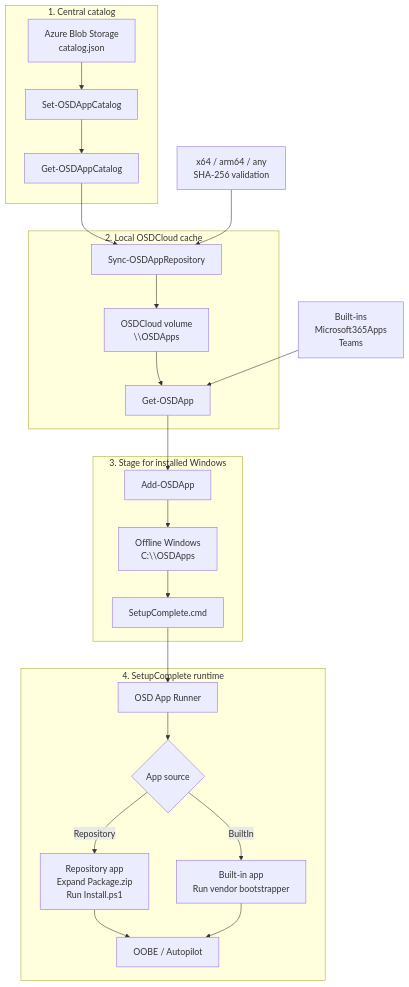
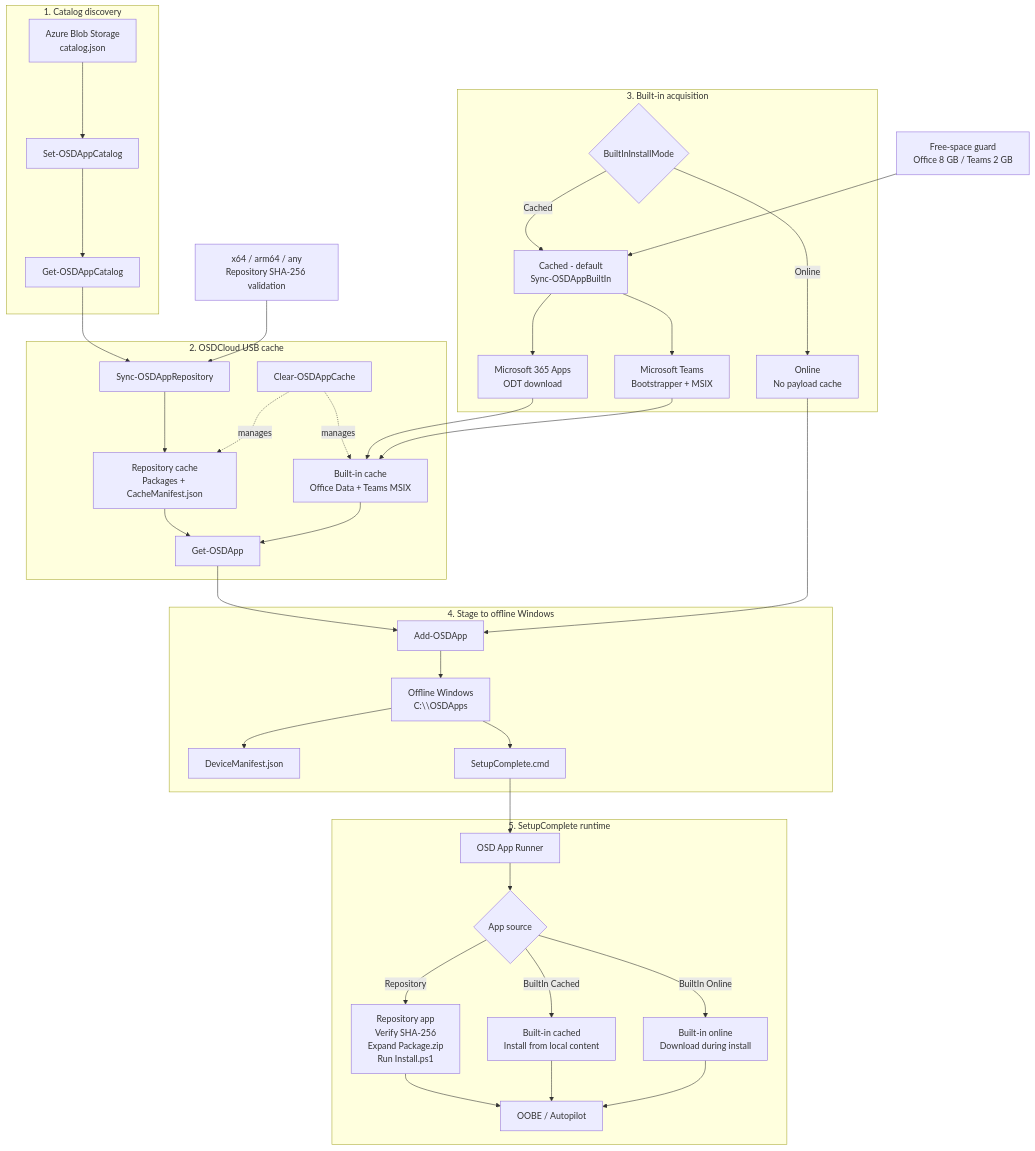
One commit to roryvossepoel/OSDAppClient changed the diagram in README.md. Above: the diagram before and after it, drawn with Mermaid.

Commit message:
Update architecture overview for built-in caching and online modes

````diff
--- a/README.md
+++ b/README.md
@@ -10,47 +10,74 @@
 ```mermaid
 flowchart TB
-    subgraph CATALOG["1. Central catalog"]
+    subgraph DISCOVERY["1. Catalog discovery"]
         A[Azure Blob Storage<br/>catalog.json]
         B[Set-OSDAppCatalog]
         C[Get-OSDAppCatalog]
-        A --> B
-        B --> C
+        A --> B --> C
     end
 
-    subgraph CACHE["2. Local OSDCloud cache"]
+    subgraph USB["2. OSDCloud USB cache"]
         D[Sync-OSDAppRepository]
-        E[OSDCloud volume<br/>\\OSDApps]
-        F[Get-OSDApp]
+        E[Repository cache<br/>Packages + CacheManifest.json]
+        F[Built-in cache<br/>Office Data + Teams MSIX]
+        G[Get-OSDApp]
+        H[Clear-OSDAppCache]
+
         D --> E
-        E --> F
+        E --> G
+        F --> G
+        H -. manages .-> E
+        H -. manages .-> F
     end
 
-    subgraph STAGE["3. Stage for installed Windows"]
-        G[Add-OSDApp]
-        H[Offline Windows<br/>C:\\OSDApps]
-        I[SetupComplete.cmd]
-        G --> H
-        H --> I
+    subgraph BUILTINS["3. Built-in acquisition"]
+        I{BuiltInInstallMode}
+        J[Cached - default<br/>Sync-OSDAppBuiltIn]
+        K[Online<br/>No payload cache]
+        L[Microsoft 365 Apps<br/>ODT download]
+        M[Microsoft Teams<br/>Bootstrapper + MSIX]
+
+        I -->|Cached| J
+        I -->|Online| K
+        J --> L
+        J --> M
+        L --> F
+        M --> F
     end
 
-    subgraph RUNTIME["4. SetupComplete runtime"]
-        J[OSD App Runner]
-        K{App source}
-        L[Repository app<br/>Expand Package.zip<br/>Run Install.ps1]
-        M[Built-in app<br/>Run vendor bootstrapper]
-        N[OOBE / Autopilot]
+    subgraph STAGE["4. Stage to offline Windows"]
+        N[Add-OSDApp]
+        O[Offline Windows<br/>C:\\OSDApps]
+        P[DeviceManifest.json]
+        Q[SetupComplete.cmd]
 
-        J --> K
-        K -->|Repository| L
-        K -->|BuiltIn| M
-        L --> N
-        M --> N
+        N --> O
+        O --> P
+        O --> Q
+    end
+
+    subgraph RUNTIME["5. SetupComplete runtime"]
+        R[OSD App Runner]
+        S{App source}
+        T[Repository app<br/>Verify SHA-256<br/>Expand Package.zip<br/>Run Install.ps1]
+        U[Built-in cached<br/>Install from local content]
+        V[Built-in online<br/>Download during install]
+        W[OOBE / Autopilot]
+
+        R --> S
+        S -->|Repository| T
+        S -->|BuiltIn Cached| U
+        S -->|BuiltIn Online| V
+        T --> W
+        U --> W
+        V --> W
     end
 
     C --> D
-    F --> G
-    I --> J
+    G --> N
+    K --> N
+    Q --> R
 
-    O[Built-ins<br/>Microsoft365Apps<br/>Teams] --> F
-    P[x64 / arm64 / any<br/>SHA-256 validation] --> D
+    X[x64 / arm64 / any<br/>Repository SHA-256 validation] --> D
+    Y[Free-space guard<br/>Office 8 GB / Teams 2 GB] --> J
 ```
````
